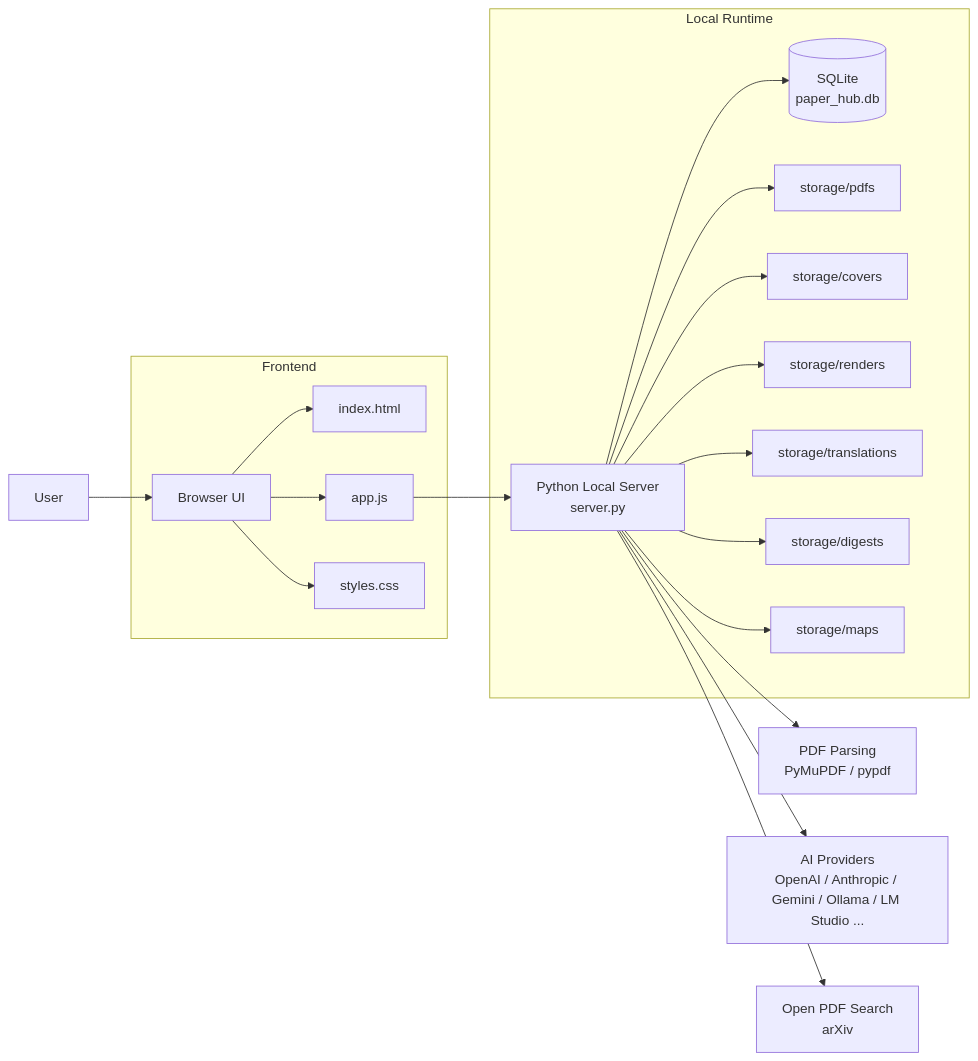
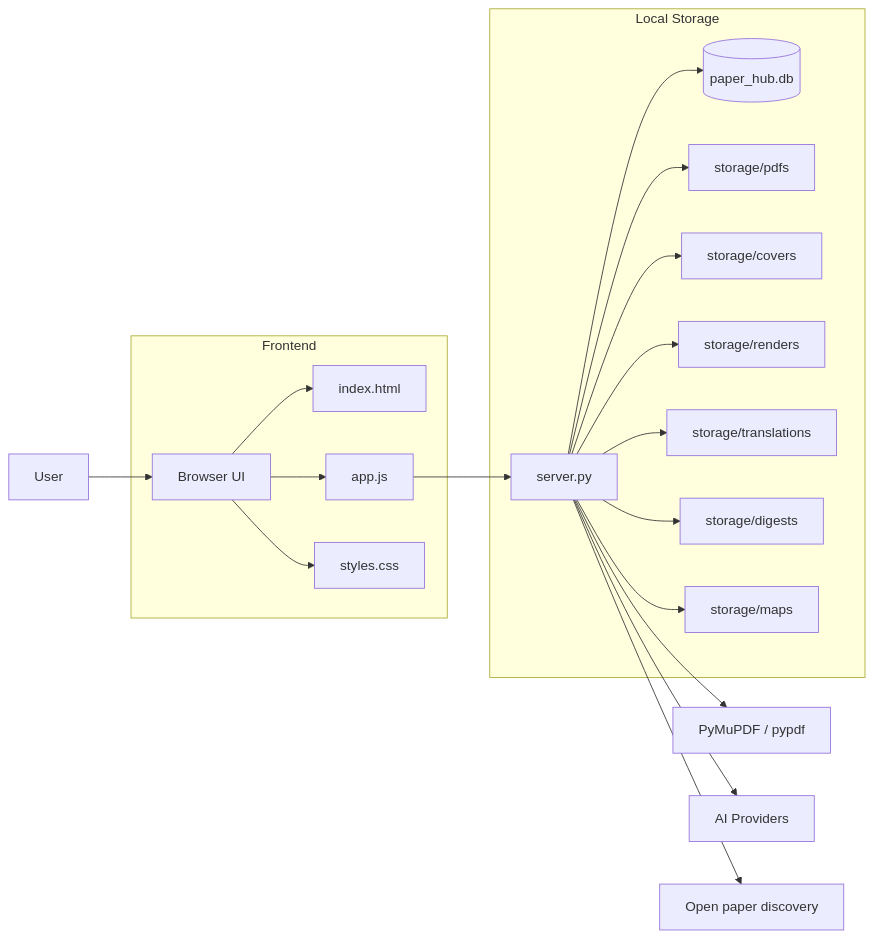
The diagram in README.md (jomify/paper-hub), drawn with Mermaid before and after one commit. The commit also changed other lines of this file and 5 other files, not shown here.

````diff
--- a/README.md
+++ b/README.md
@@ -34,26 +47,26 @@
 ```mermaid
 flowchart LR
-    U[User] --> B[Browser UI]
+    U[User] --> UI[Browser UI]
 
     subgraph Frontend
-        B --> H[index.html]
-        B --> J[app.js]
-        B --> C[styles.css]
+        UI --> H[index.html]
+        UI --> J[app.js]
+        UI --> C[styles.css]
     end
 
-    J --> API[Python Local Server<br/>server.py]
+    J --> API[server.py]
 
-    subgraph Local Runtime
-        API --> DB[(SQLite<br/>paper_hub.db)]
+    subgraph Local Storage
+        API --> DB[(paper_hub.db)]
         API --> PDFS[storage/pdfs]
         API --> COVERS[storage/covers]
         API --> RENDERS[storage/renders]
         API --> TRANS[storage/translations]
-        API --> DIGEST[storage/digests]
+        API --> DIGESTS[storage/digests]
         API --> MAPS[storage/maps]
     end
 
-    API --> PDF[PDF Parsing<br/>PyMuPDF / pypdf]
-    API --> AI[AI Providers<br/>OpenAI / Anthropic / Gemini / Ollama / LM Studio ...]
-    API --> ARXIV[Open PDF Search<br/>arXiv]
+    API --> PARSE[PyMuPDF / pypdf]
+    API --> PROVIDERS[AI Providers]
+    API --> SEARCH[Open paper discovery]
 ```
````
